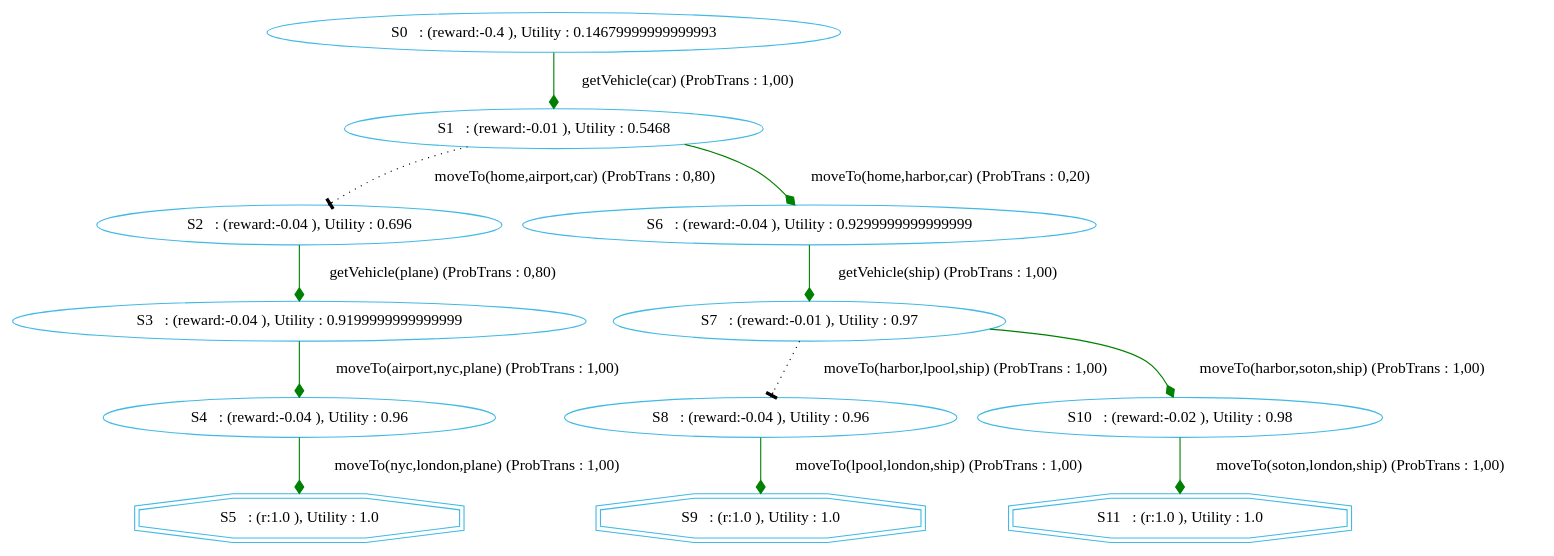
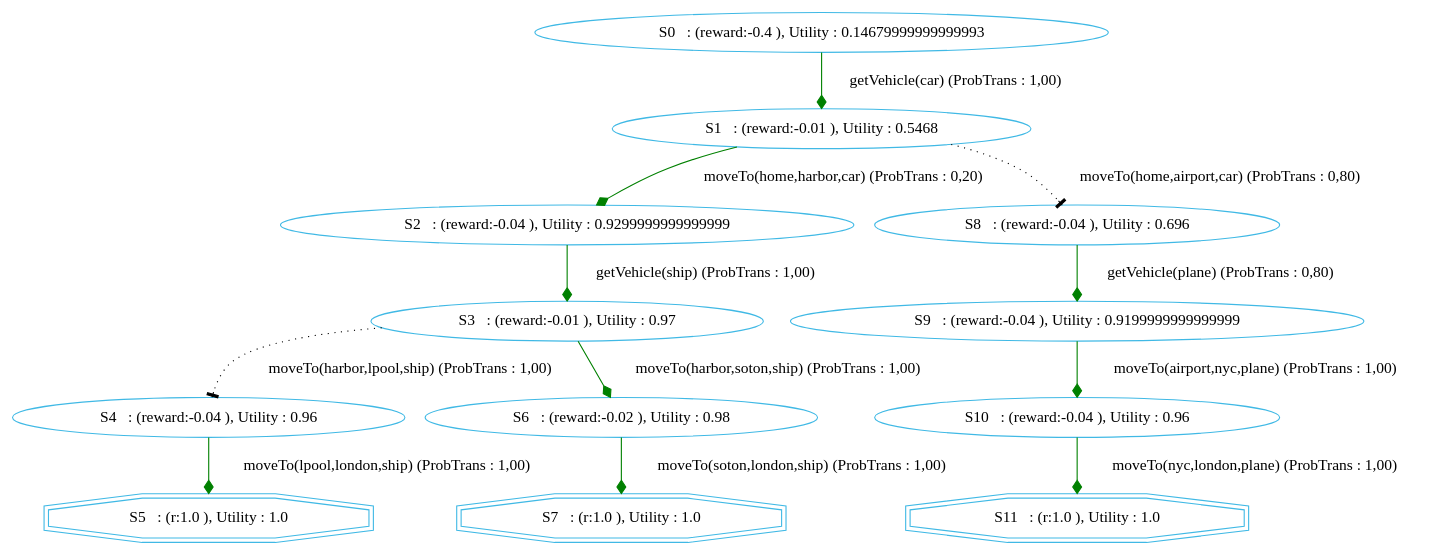
One commit to htiraHatem/CHIMP_MDP changed the diagram in chimp/src/main/java/examples/MDP/gotolondon/gotolondonGraphVICHIMP.dot. Above: the diagram before and after it, drawn with Graphviz. The commit also changed 5 other files, not shown here.

```diff
--- a/chimp/src/main/java/examples/MDP/gotolondon/gotolondonGraphVICHIMP.dot
+++ b/chimp/src/main/java/examples/MDP/gotolondon/gotolondonGraphVICHIMP.dot
@@ -1,27 +1,27 @@
 digraph {
   node [color="#40b9e5" ]
  size="60,17";
 "5" [label=" S5   : (r:1.0 ), Utility : 1.0 " shape=doubleoctagon];
-"9" [label=" S9   : (r:1.0 ), Utility : 1.0 " shape=doubleoctagon];
+"7" [label=" S7   : (r:1.0 ), Utility : 1.0 " shape=doubleoctagon];
 "11" [label=" S11   : (r:1.0 ), Utility : 1.0 " shape=doubleoctagon];
 "0" [label=" S0   : (reward:-0.4 ), Utility : 0.14679999999999993 "];
 "1" [label=" S1   : (reward:-0.01 ), Utility : 0.5468 "];
-"2" [label=" S2   : (reward:-0.04 ), Utility : 0.696 "];
-"3" [label=" S3   : (reward:-0.04 ), Utility : 0.9199999999999999 "];
+"2" [label=" S2   : (reward:-0.04 ), Utility : 0.9299999999999999 "];
+"3" [label=" S3   : (reward:-0.01 ), Utility : 0.97 "];
 "4" [label=" S4   : (reward:-0.04 ), Utility : 0.96 "];
-"6" [label=" S6   : (reward:-0.04 ), Utility : 0.9299999999999999 "];
-"7" [label=" S7   : (reward:-0.01 ), Utility : 0.97 "];
-"8" [label=" S8   : (reward:-0.04 ), Utility : 0.96 "];
-"10" [label=" S10   : (reward:-0.02 ), Utility : 0.98 "];
+"6" [label=" S6   : (reward:-0.02 ), Utility : 0.98 "];
+"8" [label=" S8   : (reward:-0.04 ), Utility : 0.696 "];
+"9" [label=" S9   : (reward:-0.04 ), Utility : 0.9199999999999999 "];
+"10" [label=" S10   : (reward:-0.04 ), Utility : 0.96 "];
 "0" -> "1" [ label="getVehicle(car) (ProbTrans : 1,00)"
-, arrowhead = diamond , color=green];"1" -> "2" [ label="moveTo(home,airport,car) (ProbTrans : 0,80)"
-,style=dotted, arrowhead=tee];"1" -> "6" [ label="moveTo(home,harbor,car) (ProbTrans : 0,20)"
-, arrowhead = diamond , color=green];"2" -> "3" [ label="getVehicle(plane) (ProbTrans : 0,80)"
-, arrowhead = diamond , color=green];"3" -> "4" [ label="moveTo(airport,nyc,plane) (ProbTrans : 1,00)"
-, arrowhead = diamond , color=green];"4" -> "5" [ label="moveTo(nyc,london,plane) (ProbTrans : 1,00)"
-, arrowhead = diamond , color=green];"6" -> "7" [ label="getVehicle(ship) (ProbTrans : 1,00)"
-, arrowhead = diamond , color=green];"7" -> "8" [ label="moveTo(harbor,lpool,ship) (ProbTrans : 1,00)"
-,style=dotted, arrowhead=tee];"7" -> "10" [ label="moveTo(harbor,soton,ship) (ProbTrans : 1,00)"
-, arrowhead = diamond , color=green];"8" -> "9" [ label="moveTo(lpool,london,ship) (ProbTrans : 1,00)"
-, arrowhead = diamond , color=green];"10" -> "11" [ label="moveTo(soton,london,ship) (ProbTrans : 1,00)"
+, arrowhead = diamond , color=green];"1" -> "2" [ label="moveTo(home,harbor,car) (ProbTrans : 0,20)"
+, arrowhead = diamond , color=green];"1" -> "8" [ label="moveTo(home,airport,car) (ProbTrans : 0,80)"
+,style=dotted, arrowhead=tee];"2" -> "3" [ label="getVehicle(ship) (ProbTrans : 1,00)"
+, arrowhead = diamond , color=green];"3" -> "4" [ label="moveTo(harbor,lpool,ship) (ProbTrans : 1,00)"
+,style=dotted, arrowhead=tee];"3" -> "6" [ label="moveTo(harbor,soton,ship) (ProbTrans : 1,00)"
+, arrowhead = diamond , color=green];"4" -> "5" [ label="moveTo(lpool,london,ship) (ProbTrans : 1,00)"
+, arrowhead = diamond , color=green];"6" -> "7" [ label="moveTo(soton,london,ship) (ProbTrans : 1,00)"
+, arrowhead = diamond , color=green];"8" -> "9" [ label="getVehicle(plane) (ProbTrans : 0,80)"
+, arrowhead = diamond , color=green];"9" -> "10" [ label="moveTo(airport,nyc,plane) (ProbTrans : 1,00)"
+, arrowhead = diamond , color=green];"10" -> "11" [ label="moveTo(nyc,london,plane) (ProbTrans : 1,00)"
 , arrowhead = diamond , color=green];}
```
